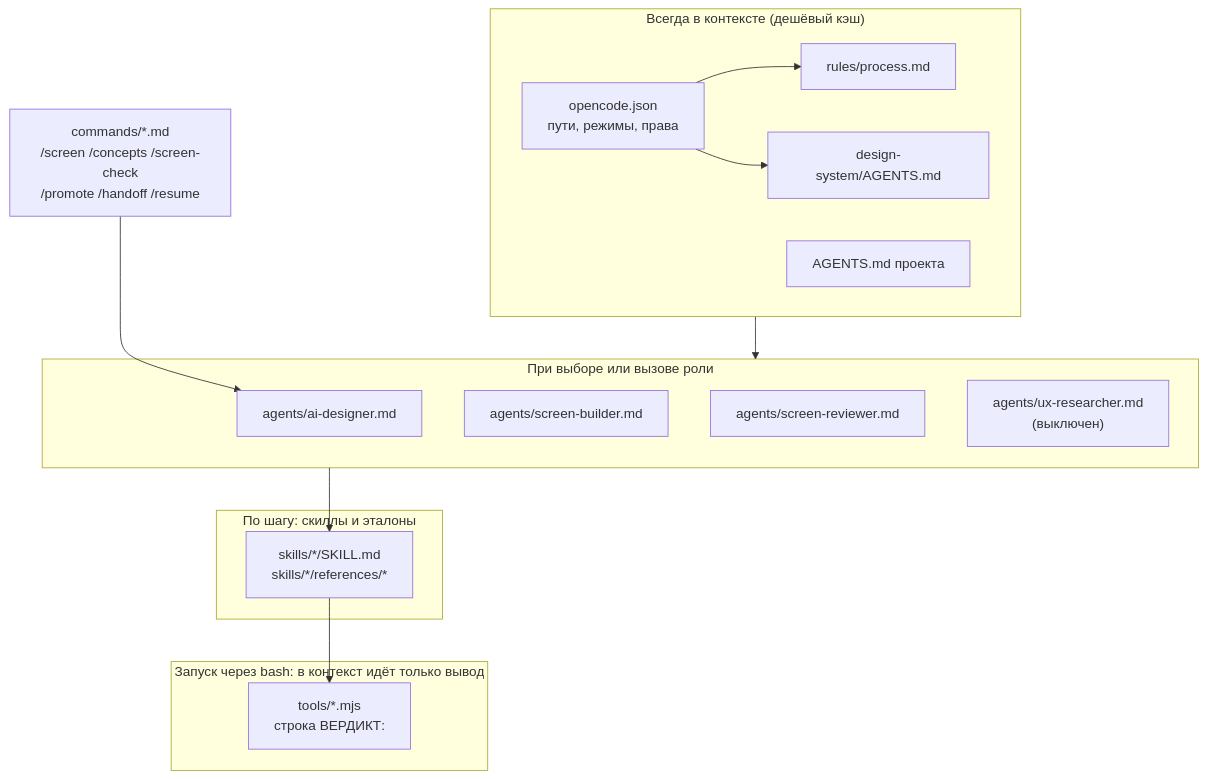
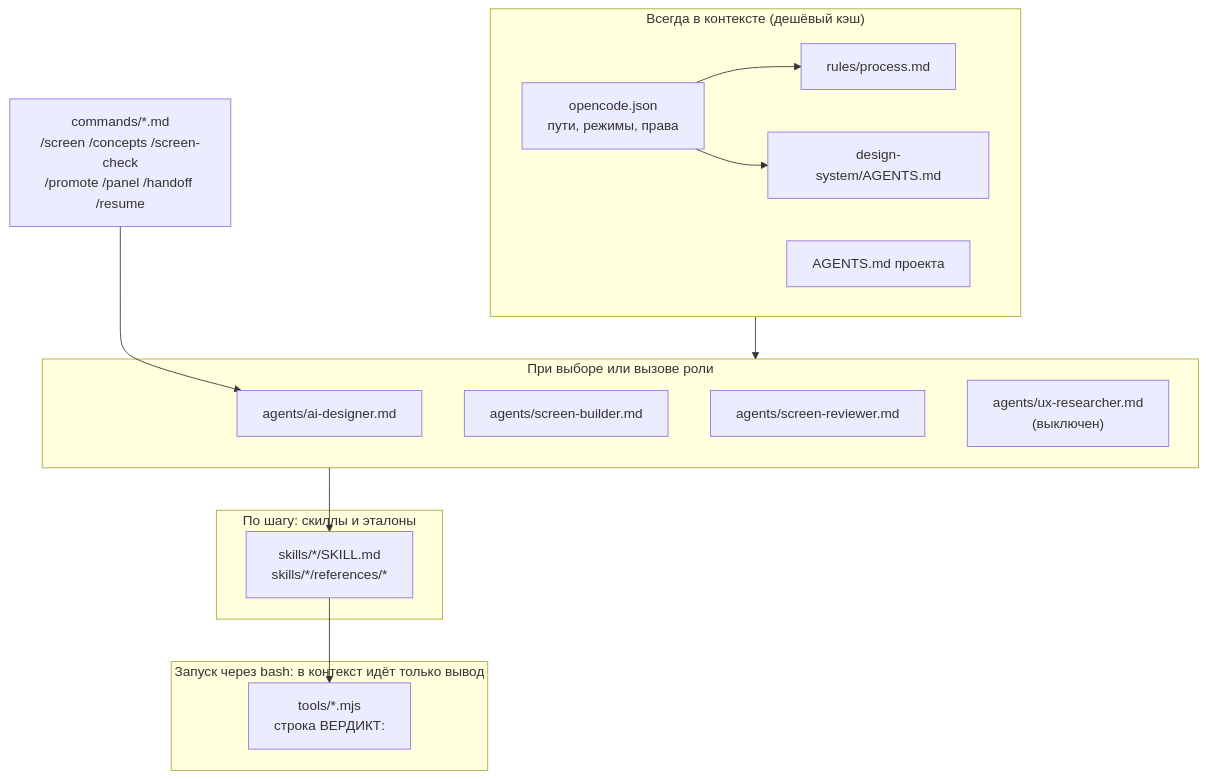
Before and after one commit to sarosekml/ibp-design-project: the first of 4 diagrams in .agents/README.md, drawn with Mermaid. The commit also changed other lines of this file and 42 other files, not shown here.

````diff
--- a/.agents/README.md
+++ b/.agents/README.md
@@ -97,29 +98,29 @@
 ```mermaid
 flowchart TB
     subgraph ALWAYS["Всегда в контексте (дешёвый кэш)"]
         CFG["opencode.json<br/>пути, режимы, права"]
         AG["AGENTS.md проекта"]
         RULES["rules/process.md"]
         DSR["design-system/AGENTS.md"]
     end
     subgraph ROLE["При выборе или вызове роли"]
         A1["agents/ai-designer.md"]
         A2["agents/screen-builder.md"]
         A3["agents/screen-reviewer.md"]
         A4["agents/ux-researcher.md<br/>(выключен)"]
     end
     subgraph ONDEMAND["По шагу: скиллы и эталоны"]
         S["skills/*/SKILL.md<br/>skills/*/references/*"]
     end
     subgraph TOOLS["Запуск через bash: в контекст идёт только вывод"]
         T["tools/*.mjs<br/>строка ВЕРДИКТ:"]
     end
-    CMD["commands/*.md<br/>/screen /concepts /screen-check<br/>/promote /handoff /resume"]
+    CMD["commands/*.md<br/>/screen /concepts /screen-check<br/>/promote /panel /handoff /resume"]
 
     CFG --> RULES
     CFG --> DSR
     ALWAYS --> ROLE
     CMD --> A1
     ROLE --> S
     S --> T
 ```
````
